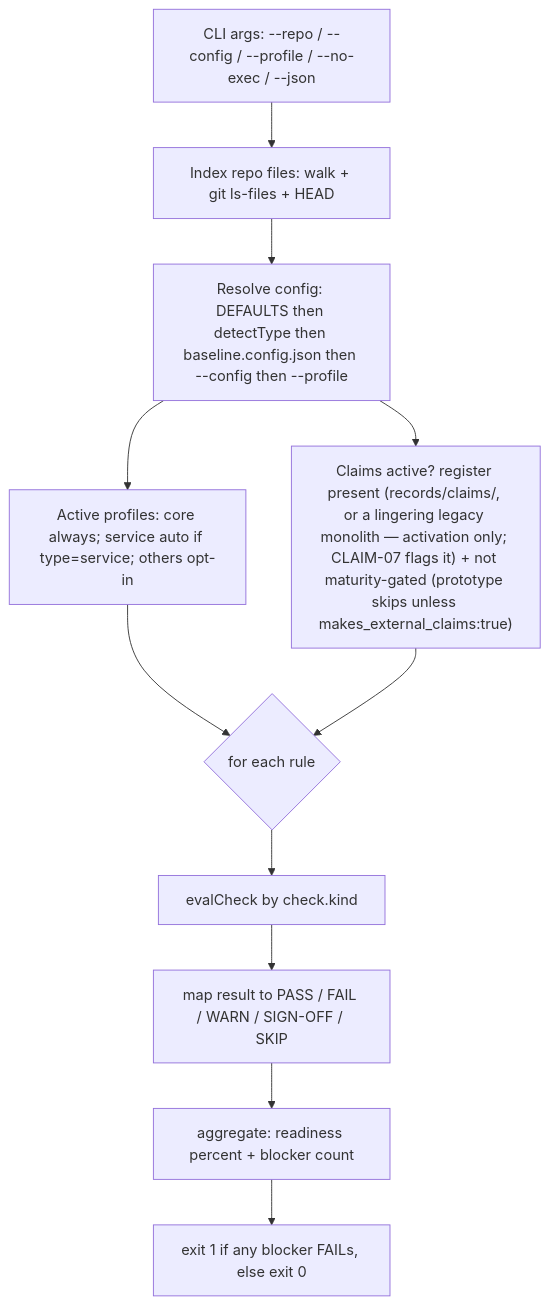
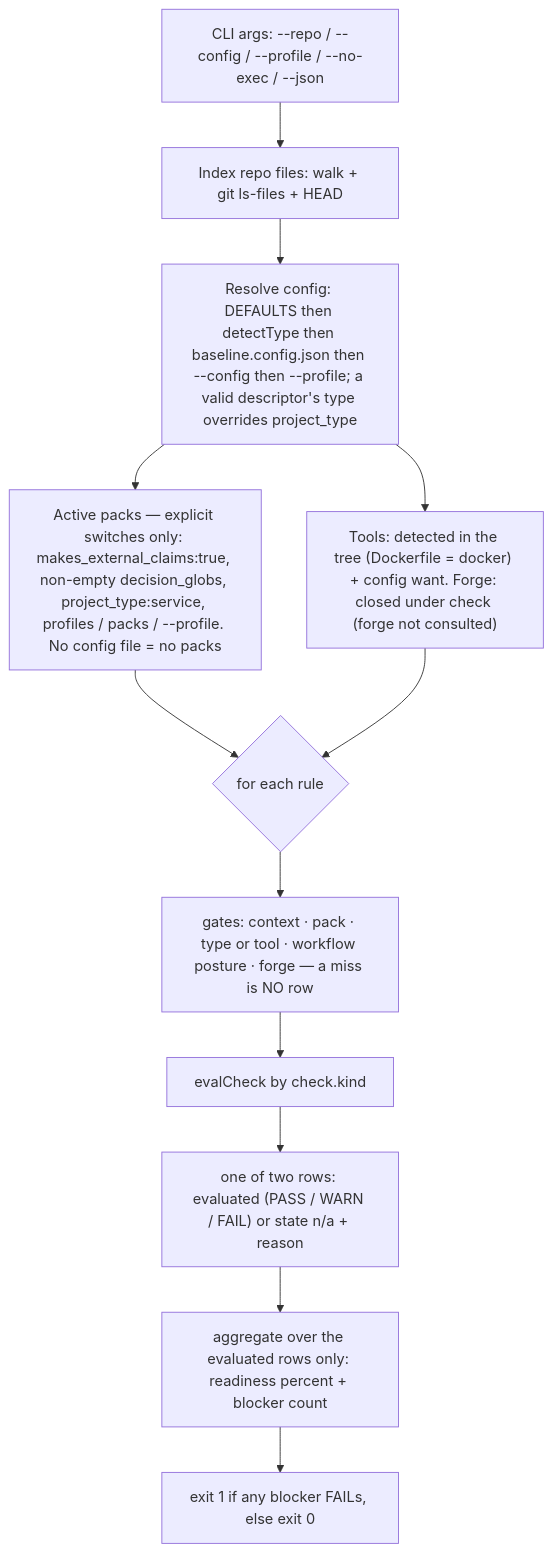
One commit to AdarGit008/baseline-skill changed the second of 3 diagrams in REFERENCE.md. Above: the diagram before and after it, drawn with Mermaid. The commit also changed other lines of this file and 133 other files, not shown here.

First line of the commit message:
v3: enabler, not enforcer — 76 rules, the plugin boundary, a red suite that gates CI (#103)

````diff
--- a/REFERENCE.md
+++ b/REFERENCE.md
@@ -73,13 +94,14 @@
 ```mermaid
 flowchart TD
   A["CLI args: --repo / --config / --profile / --no-exec / --json"] --> B["Index repo files: walk + git ls-files + HEAD"]
-  B --> C["Resolve config: DEFAULTS then detectType then baseline.config.json then --config then --profile"]
-  C --> D["Active profiles: core always; service auto if type=service; others opt-in"]
-  C --> E["Claims active? register present (records/claims/, or a lingering legacy monolith — activation only; CLAIM-07 flags it) + not maturity-gated (prototype skips unless makes_external_claims:true)"]
+  B --> C["Resolve config: DEFAULTS then detectType then baseline.config.json then --config then --profile; a valid descriptor's type overrides project_type"]
+  C --> D["Active packs — explicit switches only: makes_external_claims:true, non-empty decision_globs, project_type:service, profiles / packs / --profile. No config file = no packs"]
+  C --> E["Tools: detected in the tree (Dockerfile = docker) + config want. Forge: closed under check (forge not consulted)"]
   D --> F{"for each rule"}
   E --> F
-  F --> G["evalCheck by check.kind"]
-  G --> H["map result to PASS / FAIL / WARN / SIGN-OFF / SKIP"]
-  H --> I["aggregate: readiness percent + blocker count"]
-  I --> J["exit 1 if any blocker FAILs, else exit 0"]
+  F --> G["gates: context · pack · type or tool · workflow posture · forge — a miss is NO row"]
+  G --> H["evalCheck by check.kind"]
+  H --> I["one of two rows: evaluated (PASS / WARN / FAIL) or state n/a + reason"]
+  I --> J["aggregate over the evaluated rows only: readiness percent + blocker count"]
+  J --> K["exit 1 if any blocker FAILs, else exit 0"]
 ```
````
